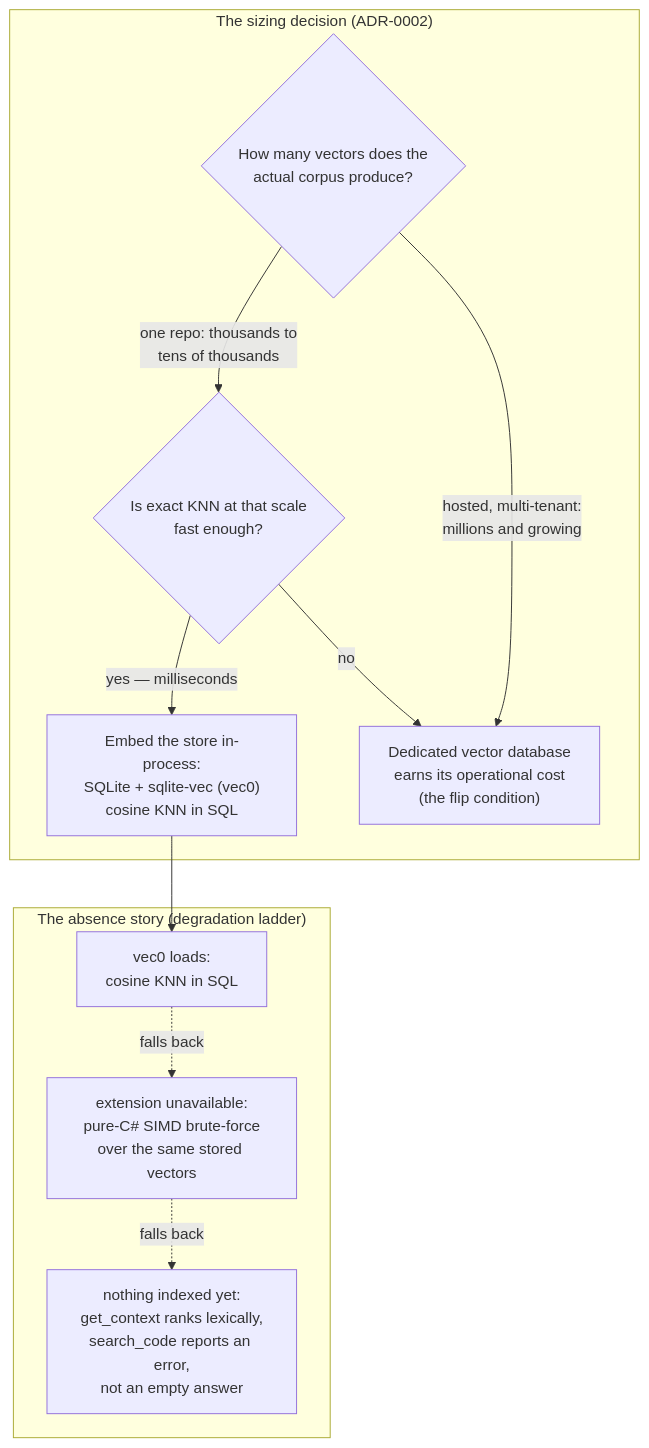
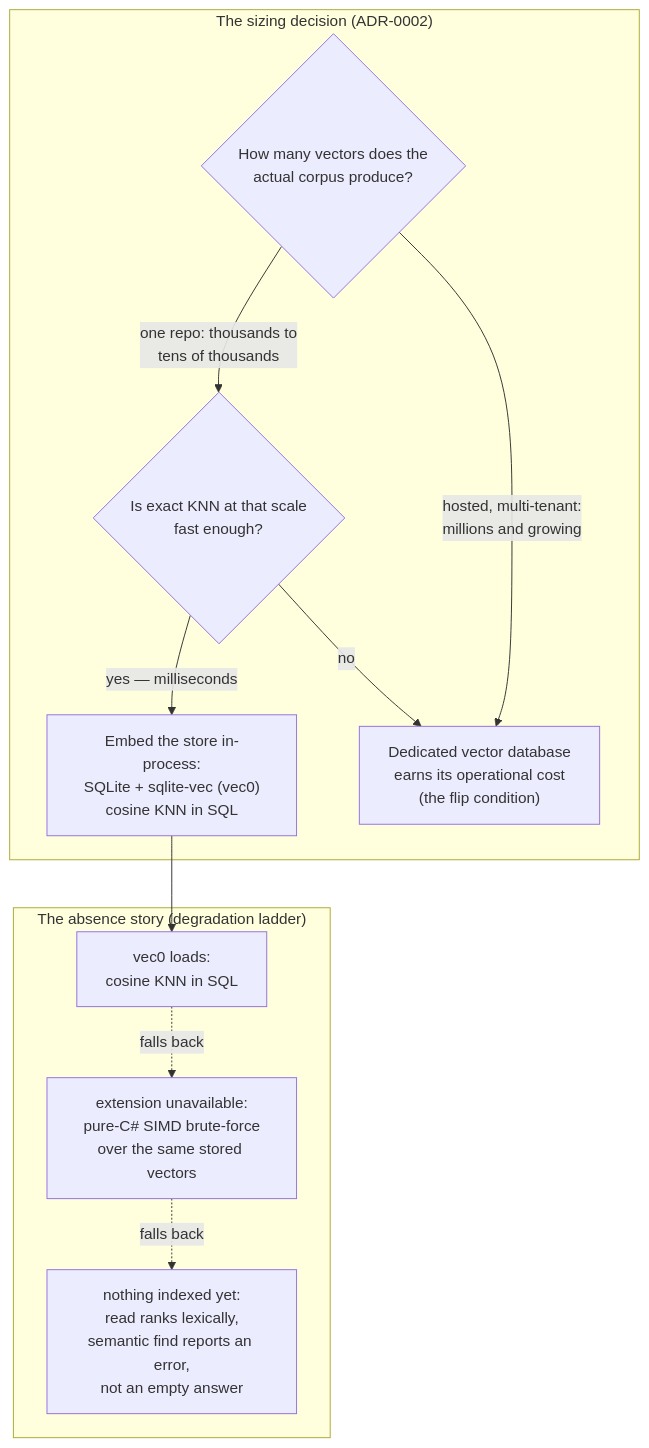
Before and after one commit to nitinpawar28/AI-learn: the diagram in docs/part5-capstone/case-sqlite-vec-vs-vector-db.md, drawn with Mermaid. The commit also changed other lines of this file and 29 other files, not shown here.

````diff
--- a/docs/part5-capstone/case-sqlite-vec-vs-vector-db.md
+++ b/docs/part5-capstone/case-sqlite-vec-vs-vector-db.md
@@ -61,21 +61,21 @@
 ```mermaid
 flowchart TB
     subgraph decision["The sizing decision (ADR-0002)"]
         Q1{"How many vectors does the<br/>actual corpus produce?"}
         Q2{"Is exact KNN at that scale<br/>fast enough?"}
         SV["Embed the store in-process:<br/>SQLite + sqlite-vec (vec0)<br/>cosine KNN in SQL"]
         VDB["Dedicated vector database<br/>earns its operational cost<br/>(the flip condition)"]
         Q1 -->|"one repo: thousands to<br/>tens of thousands"| Q2
         Q1 -->|"hosted, multi-tenant:<br/>millions and growing"| VDB
         Q2 -->|"yes — milliseconds"| SV
         Q2 -->|"no"| VDB
     end
     subgraph ladder["The absence story (degradation ladder)"]
         R1["vec0 loads:<br/>cosine KNN in SQL"]
         R2["extension unavailable:<br/>pure-C# SIMD brute-force<br/>over the same stored vectors"]
-        R3["nothing indexed yet:<br/>get_context ranks lexically,<br/>search_code reports an error,<br/>not an empty answer"]
+        R3["nothing indexed yet:<br/>read ranks lexically,<br/>semantic find reports an error,<br/>not an empty answer"]
         R1 -.->|"falls back"| R2
         R2 -.->|"falls back"| R3
     end
     SV --> R1
 ```
````
